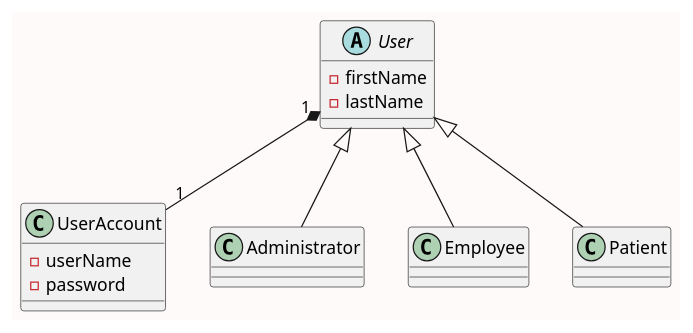
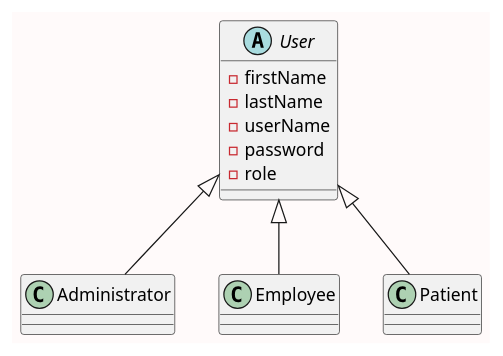
The diagram in accountManagementUML.puml (callmekungfu/chad), drawn with PlantUML before and after one commit. The commit also changed 1 other file, not shown here.

Commit message:
Revised Changes to UML

```diff
--- a/accountManagementUML.puml
+++ b/accountManagementUML.puml
@@ -2,26 +2,22 @@
 @startuml Account Management
     skinparam backgroundColor Snow
-
-    User "1"*--"1" UserAccount
 
     abstract class User{
         -firstName
         -lastName
+        -userName
+        -password
+        -role
     }
 
     class Administrator extends User{
 
     }
 
     class Employee extends User{
         
     }
     class Patient extends User{
 
     }
-
-    class UserAccount{
-        -userName
-        -password
-    }
 @enduml
```
